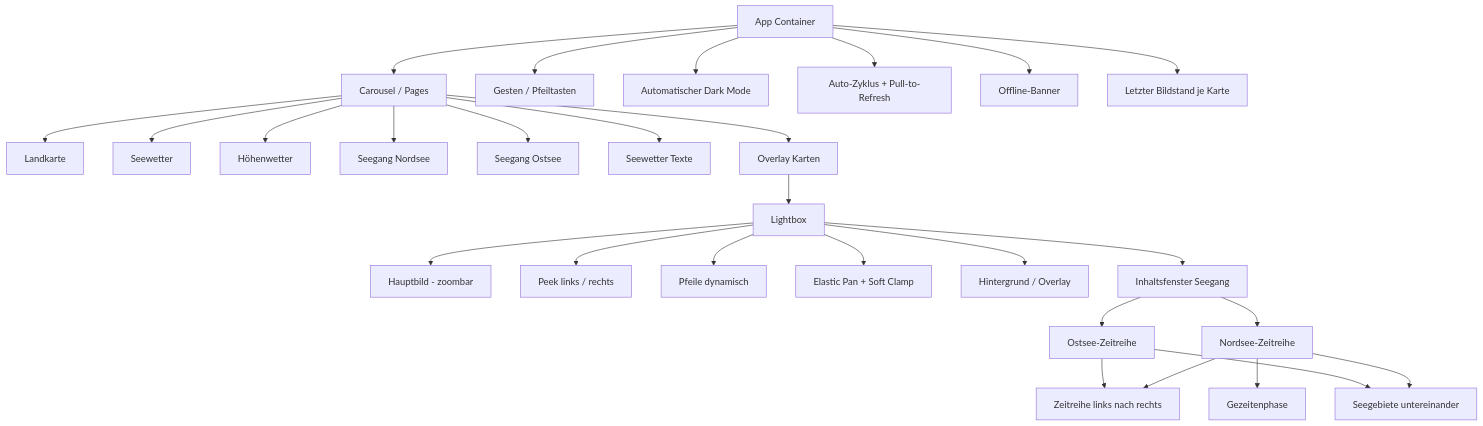
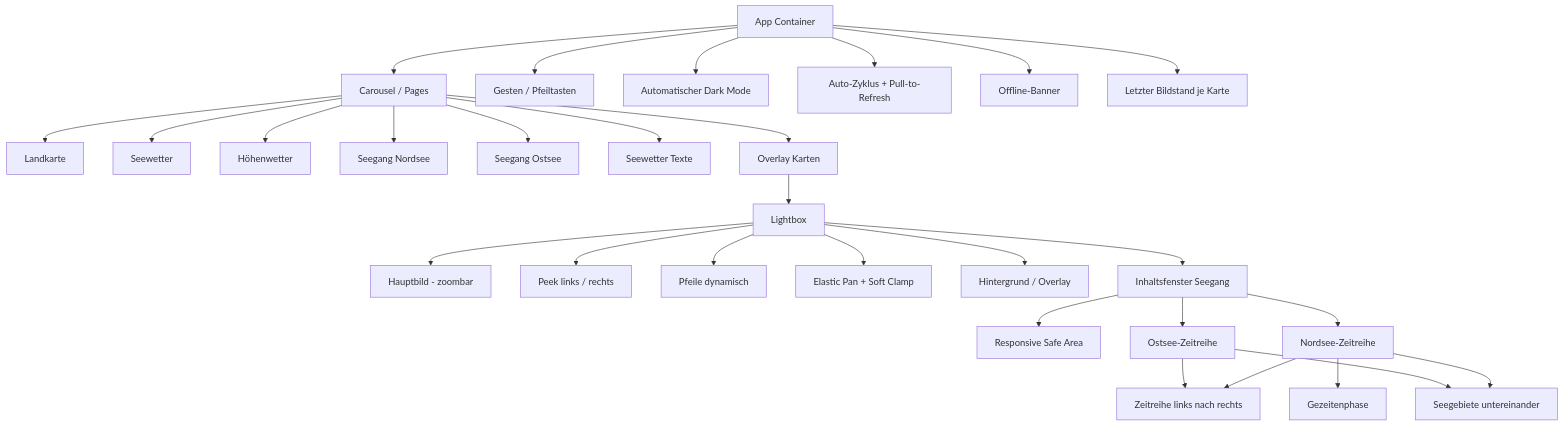
The diagram in docs/UI-Struktur.md (w465jt7pm9-cpu/dwd-dashboard), drawn with Mermaid before and after one commit. The commit also changed other lines of this file and 4 other files, not shown here.

Commit message:
Release-1.7: complete responsive safe area support

````diff
--- a/docs/UI-Struktur.md
+++ b/docs/UI-Struktur.md
@@ -16,30 +17,31 @@
 ```mermaid
 flowchart TD
   App[App Container] --> Pages[Carousel / Pages]
   Pages --> Land[Landkarte]
   Pages --> See[Seewetter]
   Pages --> Hoehenwetter[Höhenwetter]
   Pages --> Nordsee[Seegang Nordsee]
   Pages --> Ostsee[Seegang Ostsee]
   Pages --> Texte[Seewetter Texte]
   Pages --> Cards[Overlay Karten]
   Cards --> Lightbox[Lightbox]
   Lightbox --> Image[Hauptbild - zoombar]
   Lightbox --> Peek[Peek links / rechts]
   Lightbox --> Arrows[Pfeile dynamisch]
   Lightbox --> Elastic[Elastic Pan + Soft Clamp]
   Lightbox --> Overlay[Hintergrund / Overlay]
   Lightbox --> SeaWindow[Inhaltsfenster Seegang]
+  SeaWindow --> SafeArea[Responsive Safe Area]
   SeaWindow --> NordseeWindow[Nordsee-Zeitreihe]
   SeaWindow --> OstseeWindow[Ostsee-Zeitreihe]
   NordseeWindow --> Meteogram[Zeitreihe links nach rechts]
   NordseeWindow --> Areas[Seegebiete untereinander]
   NordseeWindow --> Tide[Gezeitenphase]
   OstseeWindow --> Meteogram
   OstseeWindow --> Areas
   App --> Gestures[Gesten / Pfeiltasten]
   App --> Theme[Automatischer Dark Mode]
   App --> Refresh[Auto-Zyklus + Pull-to-Refresh]
   App --> OfflineBanner[Offline-Banner]
   App --> Persistence[Letzter Bildstand je Karte]
 ```
````
